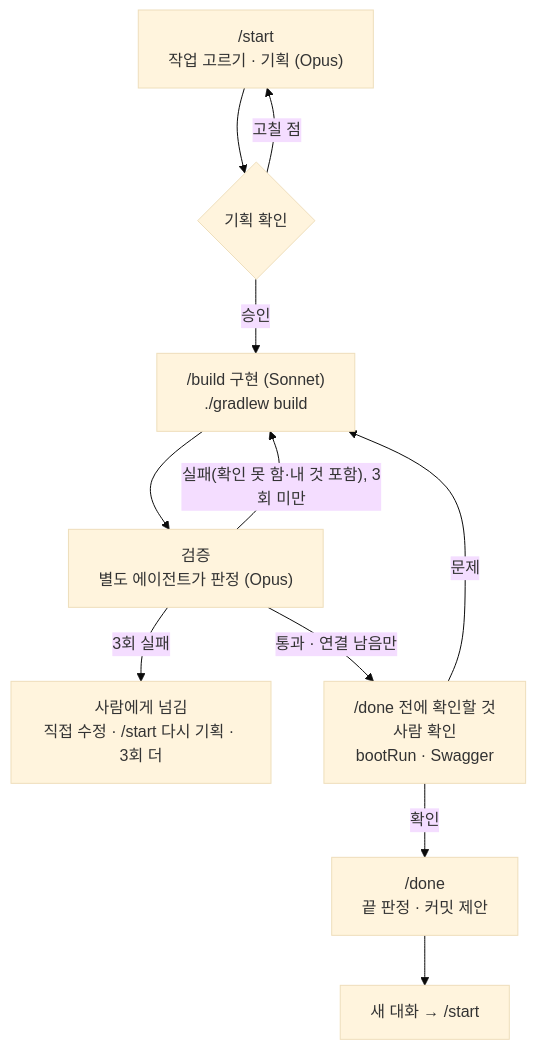
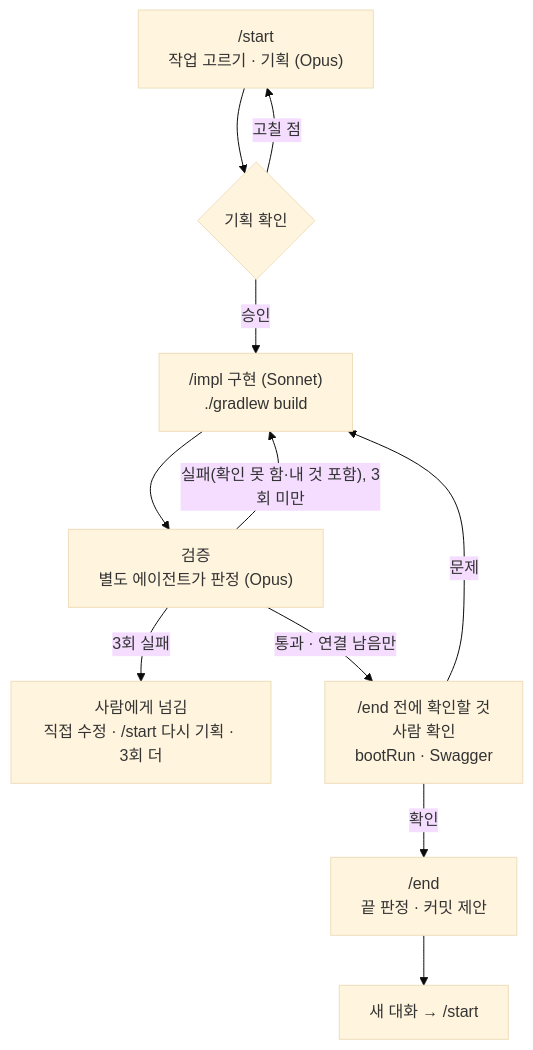
The third of 4 diagrams in README.md (Jung-aejin/nyangmeong-backend), drawn with Mermaid (base theme) before and after one commit. The commit also changed other lines of this file and 13 other files, not shown here.

First line of the commit message:
[LJS] chore: /build·/done을 /impl·/end로 바꾸고 중간 저장과 검증 루프 보관을 추가한다

````diff
--- a/README.md
+++ b/README.md
@@ -105,13 +105,13 @@
 ```mermaid
 flowchart TD
   S["/start<br/>작업 고르기 · 기획 (Opus)"] --> P{기획 확인}
   P -- 고칠 점 --> S
-  P -- 승인 --> I["/build 구현 (Sonnet)<br/>./gradlew build"]
+  P -- 승인 --> I["/impl 구현 (Sonnet)<br/>./gradlew build"]
   I --> V["검증<br/>별도 에이전트가 판정 (Opus)"]
   V -- "실패(확인 못 함·내 것 포함), 3회 미만" --> I
   V -- 3회 실패 --> X["사람에게 넘김<br/>직접 수정 · /start 다시 기획 · 3회 더"]
-  V -- "통과 · 연결 남음만" --> H["/done 전에 확인할 것<br/>사람 확인<br/>bootRun · Swagger"]
+  V -- "통과 · 연결 남음만" --> H["/end 전에 확인할 것<br/>사람 확인<br/>bootRun · Swagger"]
   H -- 문제 --> I
-  H -- 확인 --> D["/done<br/>끝 판정 · 커밋 제안"]
+  H -- 확인 --> D["/end<br/>끝 판정 · 커밋 제안"]
   D --> N["새 대화 → /start"]
 ```
````
